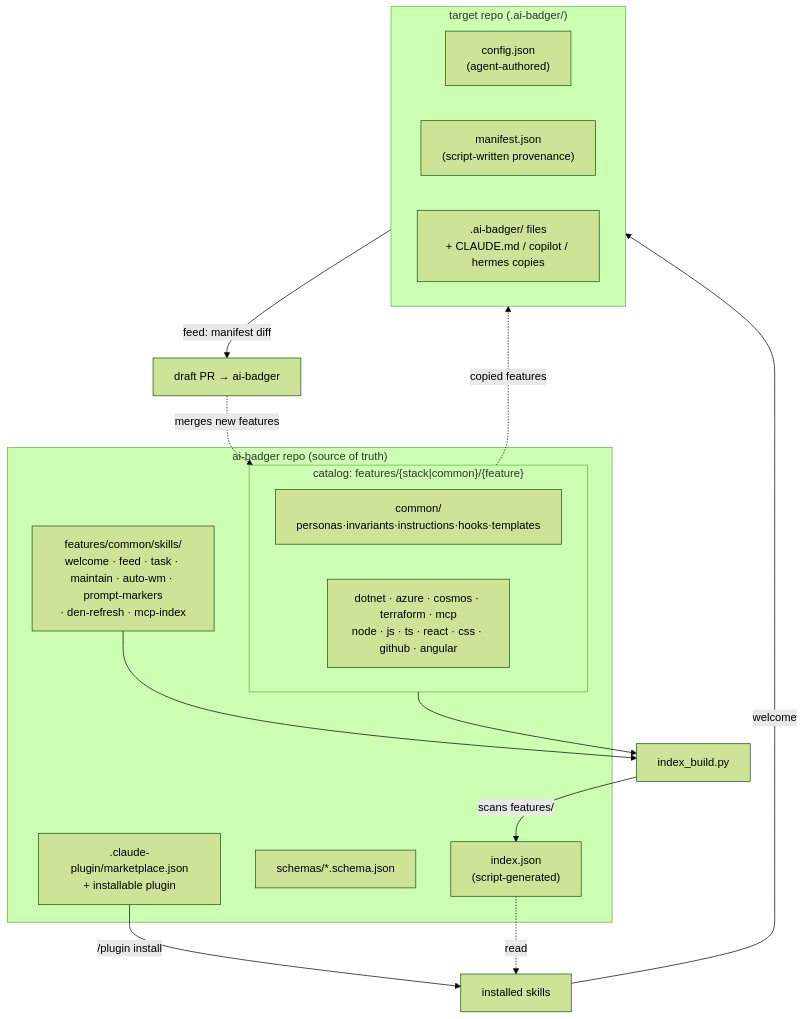
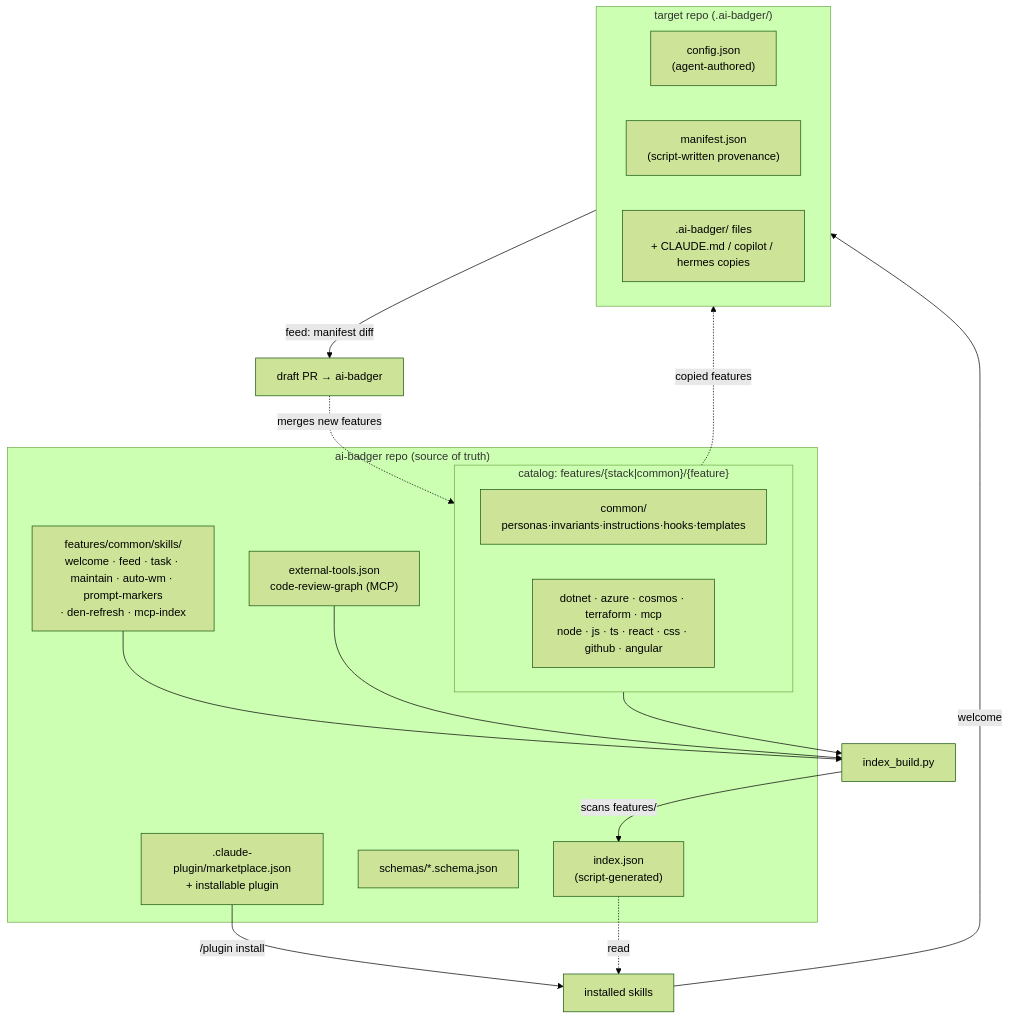
The diagram in README.md (Arasz/ai-badger), drawn with Mermaid (forest theme) before and after one commit. The commit also changed other lines of this file, not shown here.

First line of the commit message:
docs: mention code-review-graph in README

````diff
--- a/README.md
+++ b/README.md
@@ -148,27 +161,29 @@
 ```mermaid
 flowchart TB
   subgraph FW["ai-badger repo (source of truth)"]
     IDX["index.json\n(script-generated)"]
     SCH["schemas/*.schema.json"]
     subgraph CAT["catalog: features/{stack|common}/{feature}"]
       COMMON["common/\npersonas·invariants·instructions·hooks·templates"]
       STACKS["dotnet · azure · cosmos · terraform · mcp\nnode · js · ts · react · css · github · angular"]
     end
     SKILLSDIR["features/common/skills/\nwelcome · feed · task · maintain · auto-wm · prompt-markers\n· den-refresh · mcp-index"]
+    EXTOOLS["external-tools.json\ncode-review-graph (MCP)"]
     MKT[".claude-plugin/marketplace.json\n+ installable plugin"]
   end
   IDXbuild["index_build.py"] -->|scans features/| IDX
   CAT --> IDXbuild
   SKILLSDIR --> IDXbuild
+  EXTOOLS --> IDXbuild
   MKT -->|/plugin install| SKILLS["installed skills"]
   IDX -. read .-> SKILLS
   CAT -. copied features .-> PROJ
   subgraph PROJ["target repo (.ai-badger/)"]
     CFG["config.json\n(agent-authored)"]
     MAN["manifest.json\n(script-written provenance)"]
     OUT[".ai-badger/ files\n+ CLAUDE.md / copilot / hermes copies"]
   end
   SKILLS -->|welcome| PROJ
   PROJ -->|feed: manifest diff| PRD["draft PR → ai-badger"]
   PRD -. merges new features .-> CAT
 ```
````
